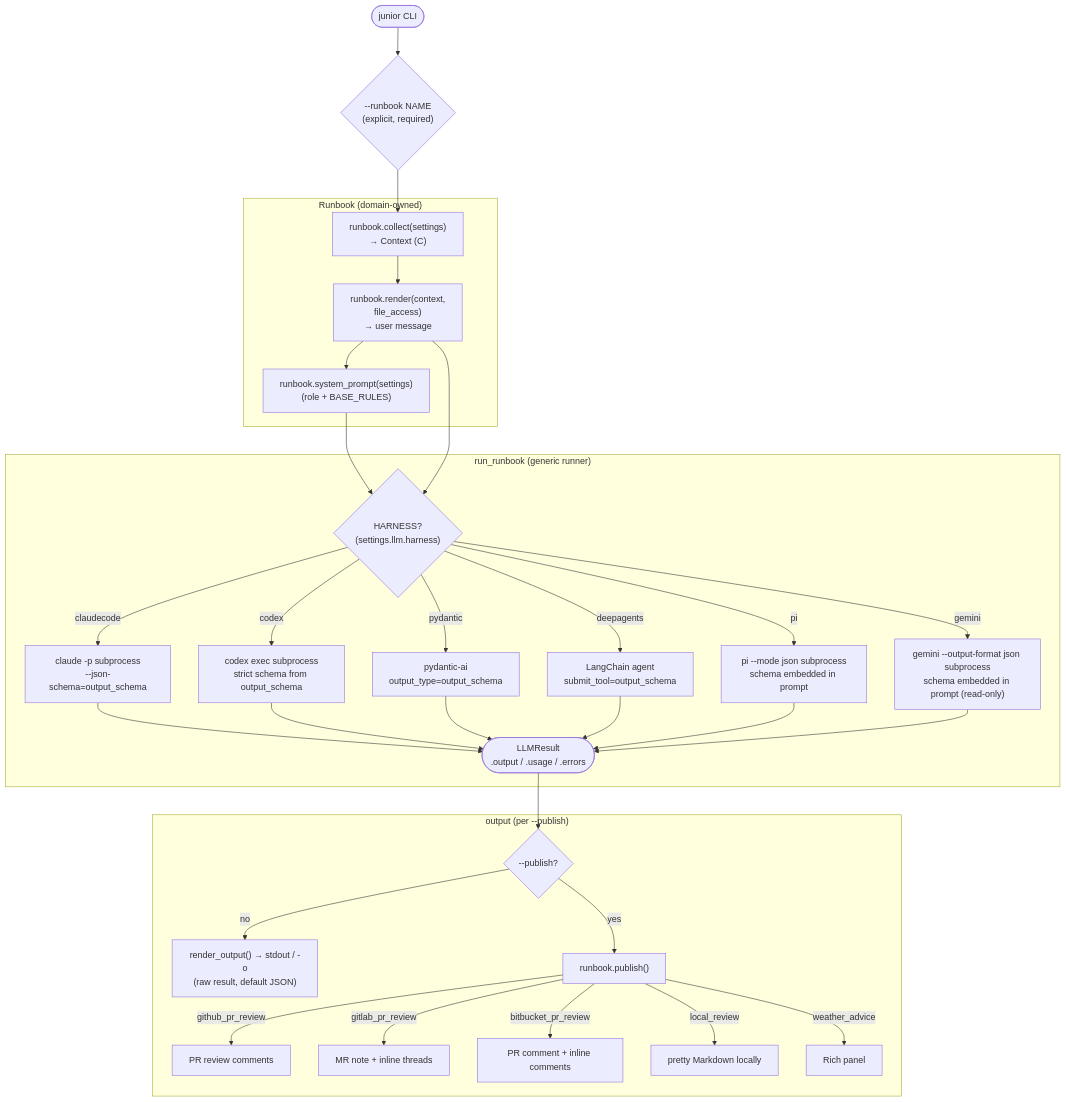
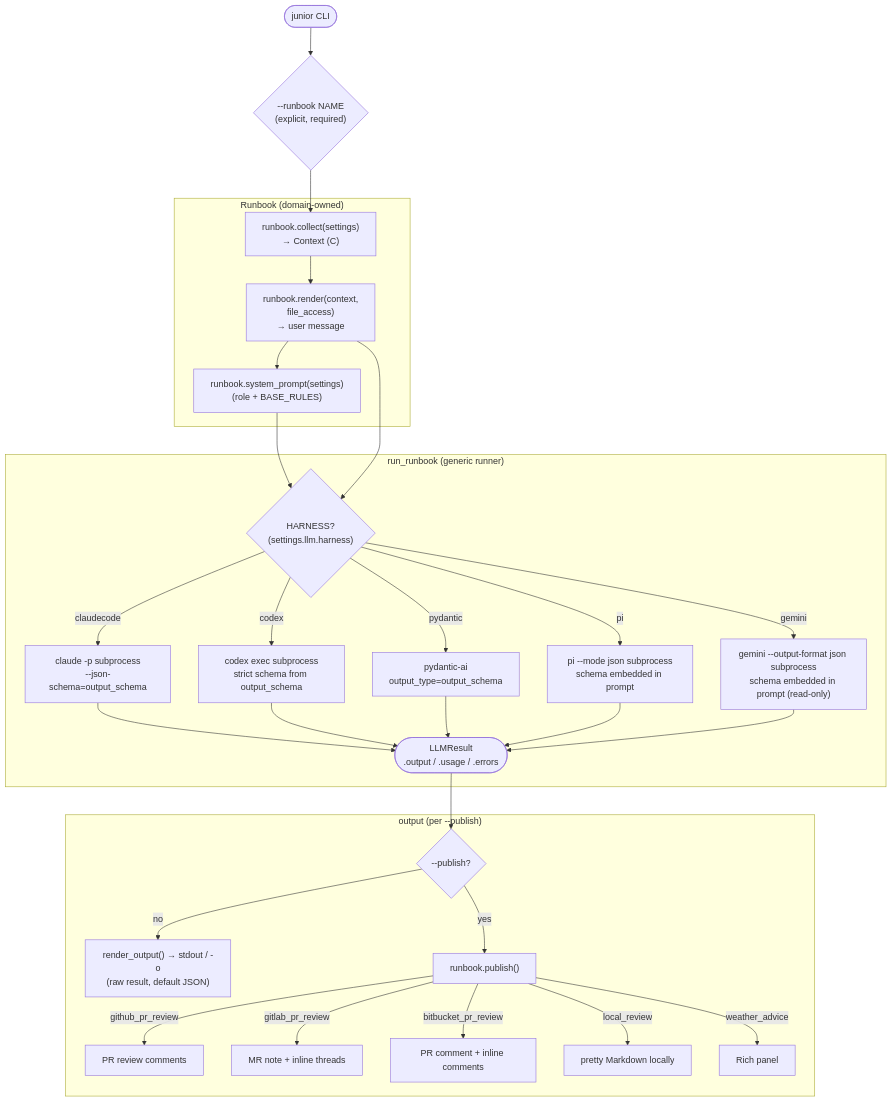
One commit to mishachepi/junior changed the second of 2 diagrams in docs-site/src/content/docs/architecture.md. Above: the diagram before and after it, drawn with Mermaid. The commit also changed other lines of this file and 33 other files, not shown here.

````diff
--- a/docs-site/src/content/docs/architecture.md
+++ b/docs-site/src/content/docs/architecture.md
@@ -49,37 +48,36 @@
 ```mermaid
 flowchart TD
     A([junior CLI]) --> SEL{"--runbook NAME\n(explicit, required)"}
     SEL --> B
 
     subgraph PL["Runbook (domain-owned)"]
         B["runbook.collect(settings)\n→ Context (C)"] --> R["runbook.render(context,\nfile_access)\n→ user message"]
         R --> SP["runbook.system_prompt(settings)\n(role + BASE_RULES)"]
     end
 
     SP --> ENG
     R --> ENG
 
     subgraph RUN["run_runbook (generic runner)"]
         ENG{"HARNESS?\n(settings.llm.harness)"}
         ENG -->|claudecode| Q2["claude -p subprocess\n--json-schema=output_schema"]
         ENG -->|codex| Q["codex exec subprocess\nstrict schema from output_schema"]
         ENG -->|pydantic| P["pydantic-ai\noutput_type=output_schema"]
-        ENG -->|deepagents| D["LangChain agent\nsubmit_tool=output_schema"]
         ENG -->|pi| PI["pi --mode json subprocess\nschema embedded in prompt"]
         ENG -->|gemini| GM["gemini --output-format json subprocess\nschema embedded in prompt (read-only)"]
-        Q2 & Q & P & D & PI & GM --> LR([LLMResult\n.output / .usage / .errors])
+        Q2 & Q & P & PI & GM --> LR([LLMResult\n.output / .usage / .errors])
     end
 
     LR --> OUT
 
     subgraph PB["output (per --publish)"]
         OUT{"--publish?"}
         OUT -->|"no"| RAW["render_output() → stdout / -o\n(raw result, default JSON)"]
         OUT -->|"yes"| PUB["runbook.publish()"]
         PUB -->|github_pr_review| X[PR review comments]
         PUB -->|gitlab_pr_review| W[MR note + inline threads]
         PUB -->|bitbucket_pr_review| BB[PR comment + inline comments]
         PUB -->|local_review| MD[pretty Markdown locally]
         PUB -->|weather_advice| RICH[Rich panel]
     end
 ```
````
